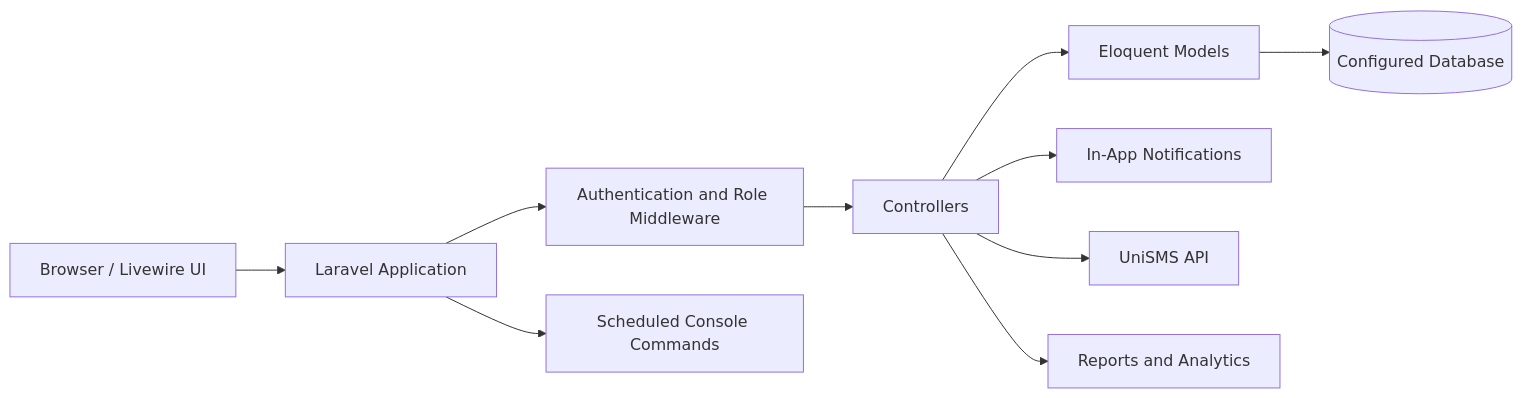
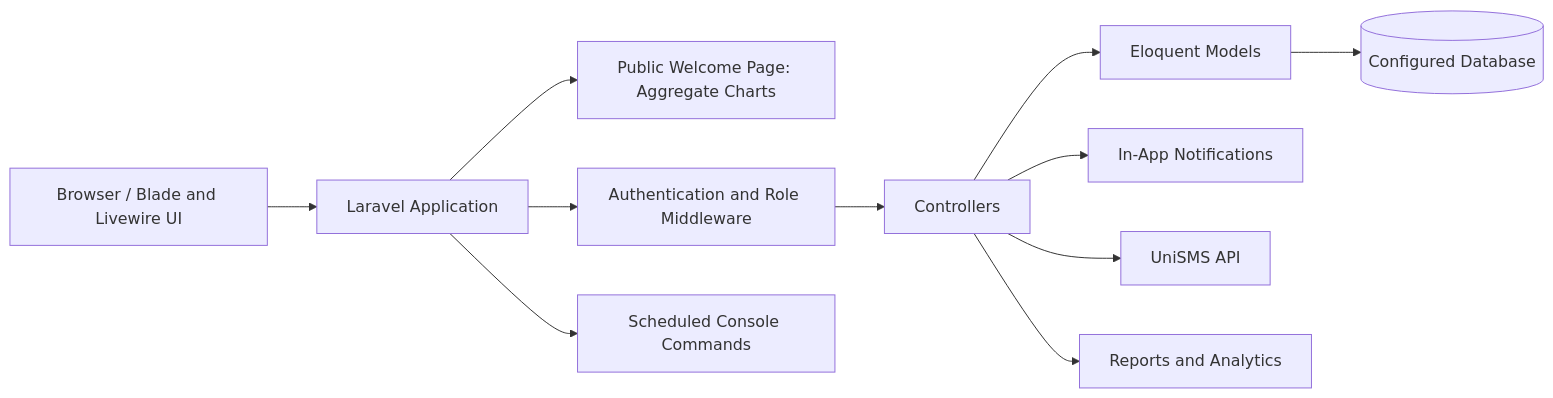
Before and after one commit to Jayrick-Malinao/EWebsite: the first of 18 diagrams in README.md, drawn with Mermaid. The commit also changed other lines of this file and 12 other files, not shown here.

Commit message:
Improve announcement SMS handling and redesign welcome page

````diff
--- a/README.md
+++ b/README.md
@@ -25,12 +26,13 @@
 ```mermaid
 flowchart LR
-    Browser["Browser / Livewire UI"] --> Laravel["Laravel Application"]
+    Browser["Browser / Blade and Livewire UI"] --> Laravel["Laravel Application"]
+    Laravel --> Welcome["Public Welcome Page: Aggregate Charts"]
     Laravel --> Auth["Authentication and Role Middleware"]
     Auth --> Controllers["Controllers"]
     Controllers --> Models["Eloquent Models"]
     Models --> Database[("Configured Database")]
     Controllers --> Notifications["In-App Notifications"]
     Controllers --> UniSMS["UniSMS API"]
     Controllers --> Reports["Reports and Analytics"]
     Laravel --> Scheduler["Scheduled Console Commands"]
 ```
````
